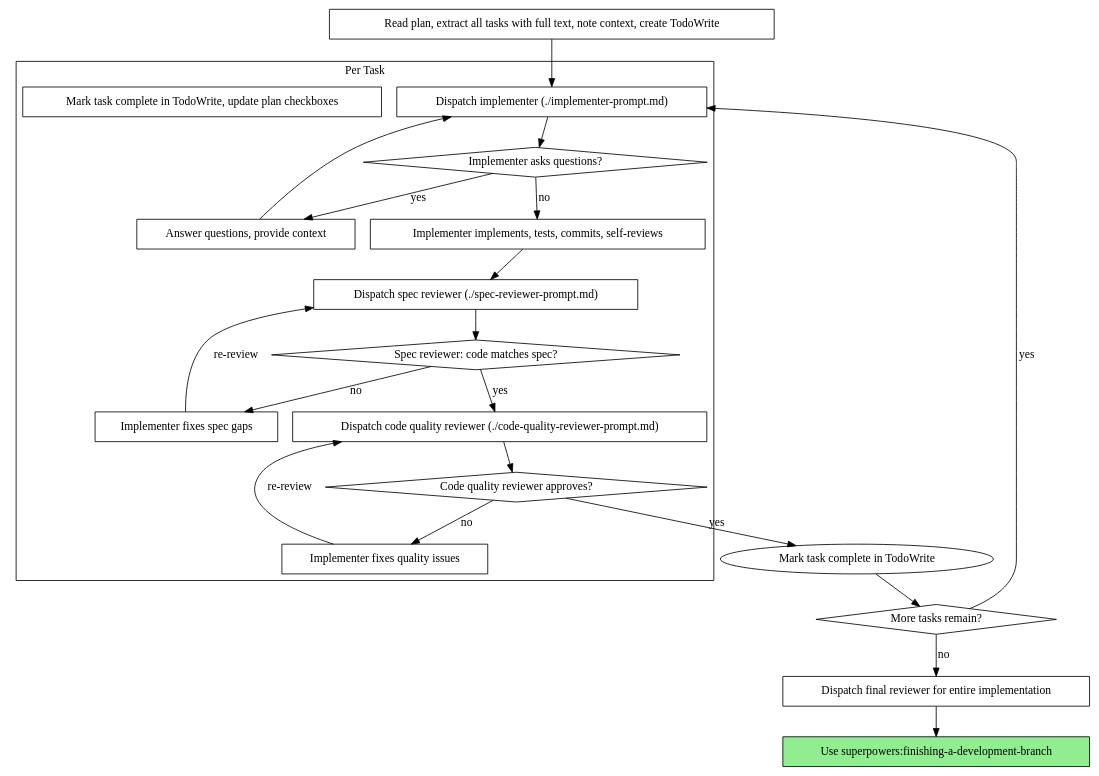
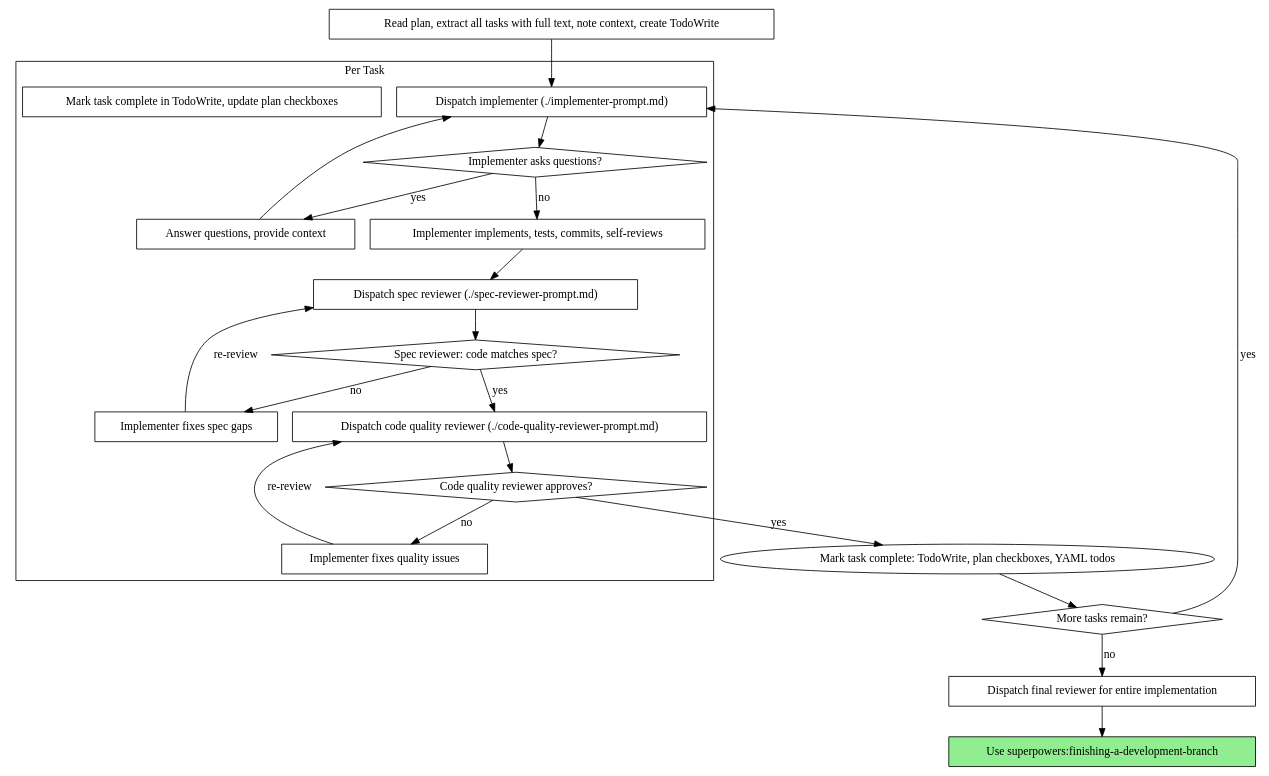
One commit to tbelmega/superpowers changed the second of 2 diagrams in skills/subagent-driven-development/SKILL.md. Above: the diagram before and after it, drawn with Graphviz. The commit also changed other lines of this file and 8 other files, not shown here.

Commit message:
Narrow plan writing and execution for compatibility with Cursor todo's

````diff
--- a/skills/subagent-driven-development/SKILL.md
+++ b/skills/subagent-driven-development/SKILL.md
@@ -62,44 +59,44 @@
 ```dot
 digraph process {
     rankdir=TB;
 
     subgraph cluster_per_task {
         label="Per Task";
         "Dispatch implementer (./implementer-prompt.md)" [shape=box];
         "Implementer asks questions?" [shape=diamond];
         "Answer questions, provide context" [shape=box];
         "Implementer implements, tests, commits, self-reviews" [shape=box];
         "Dispatch spec reviewer (./spec-reviewer-prompt.md)" [shape=box];
         "Spec reviewer: code matches spec?" [shape=diamond];
         "Implementer fixes spec gaps" [shape=box];
         "Dispatch code quality reviewer (./code-quality-reviewer-prompt.md)" [shape=box];
         "Code quality reviewer approves?" [shape=diamond];
         "Implementer fixes quality issues" [shape=box];
         "Mark task complete in TodoWrite, update plan checkboxes" [shape=box];
     }
 
     "Read plan, extract all tasks with full text, note context, create TodoWrite" [shape=box];
     "More tasks remain?" [shape=diamond];
     "Dispatch final reviewer for entire implementation" [shape=box];
     "Use superpowers:finishing-a-development-branch" [shape=box style=filled fillcolor=lightgreen];
 
     "Read plan, extract all tasks with full text, note context, create TodoWrite" -> "Dispatch implementer (./implementer-prompt.md)";
     "Dispatch implementer (./implementer-prompt.md)" -> "Implementer asks questions?";
     "Implementer asks questions?" -> "Answer questions, provide context" [label="yes"];
     "Answer questions, provide context" -> "Dispatch implementer (./implementer-prompt.md)";
     "Implementer asks questions?" -> "Implementer implements, tests, commits, self-reviews" [label="no"];
     "Implementer implements, tests, commits, self-reviews" -> "Dispatch spec reviewer (./spec-reviewer-prompt.md)";
     "Dispatch spec reviewer (./spec-reviewer-prompt.md)" -> "Spec reviewer: code matches spec?";
     "Spec reviewer: code matches spec?" -> "Implementer fixes spec gaps" [label="no"];
     "Implementer fixes spec gaps" -> "Dispatch spec reviewer (./spec-reviewer-prompt.md)" [label="re-review"];
     "Spec reviewer: code matches spec?" -> "Dispatch code quality reviewer (./code-quality-reviewer-prompt.md)" [label="yes"];
     "Dispatch code quality reviewer (./code-quality-reviewer-prompt.md)" -> "Code quality reviewer approves?";
     "Code quality reviewer approves?" -> "Implementer fixes quality issues" [label="no"];
     "Implementer fixes quality issues" -> "Dispatch code quality reviewer (./code-quality-reviewer-prompt.md)" [label="re-review"];
-    "Code quality reviewer approves?" -> "Mark task complete in TodoWrite" [label="yes"];
-    "Mark task complete in TodoWrite" -> "More tasks remain?";
+    "Code quality reviewer approves?" -> "Mark task complete: TodoWrite, plan checkboxes, YAML todos" [label="yes"];
+    "Mark task complete: TodoWrite, plan checkboxes, YAML todos" -> "More tasks remain?";
     "More tasks remain?" -> "Dispatch implementer (./implementer-prompt.md)" [label="yes"];
     "More tasks remain?" -> "Dispatch final reviewer for entire implementation" [label="no"];
     "Dispatch final reviewer for entire implementation" -> "Use superpowers:finishing-a-development-branch";
 }
 ```
````
